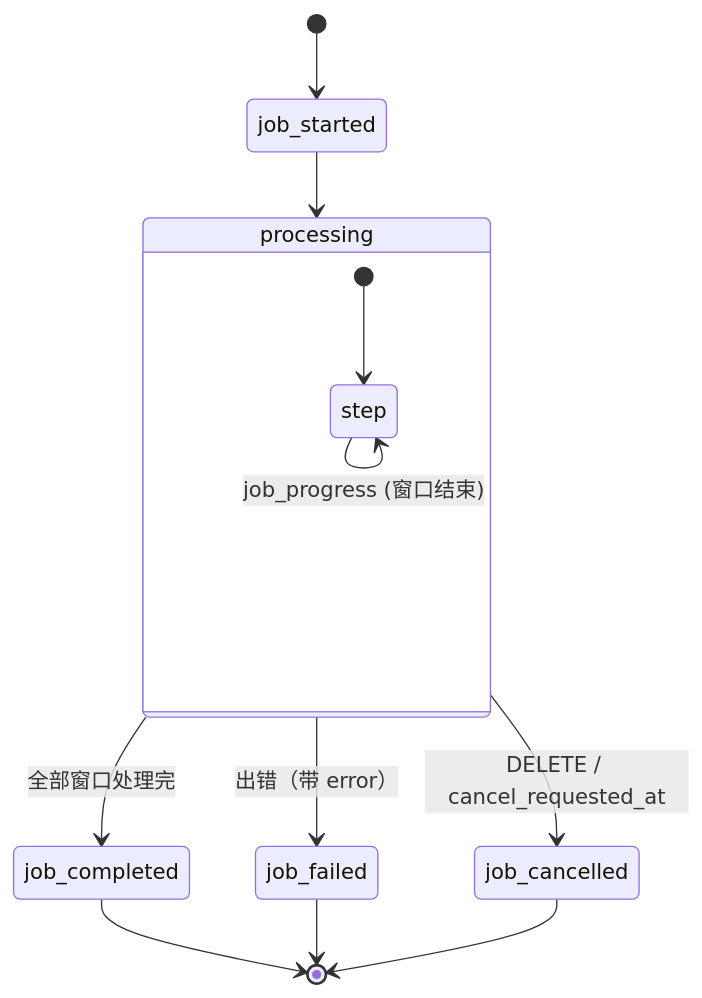
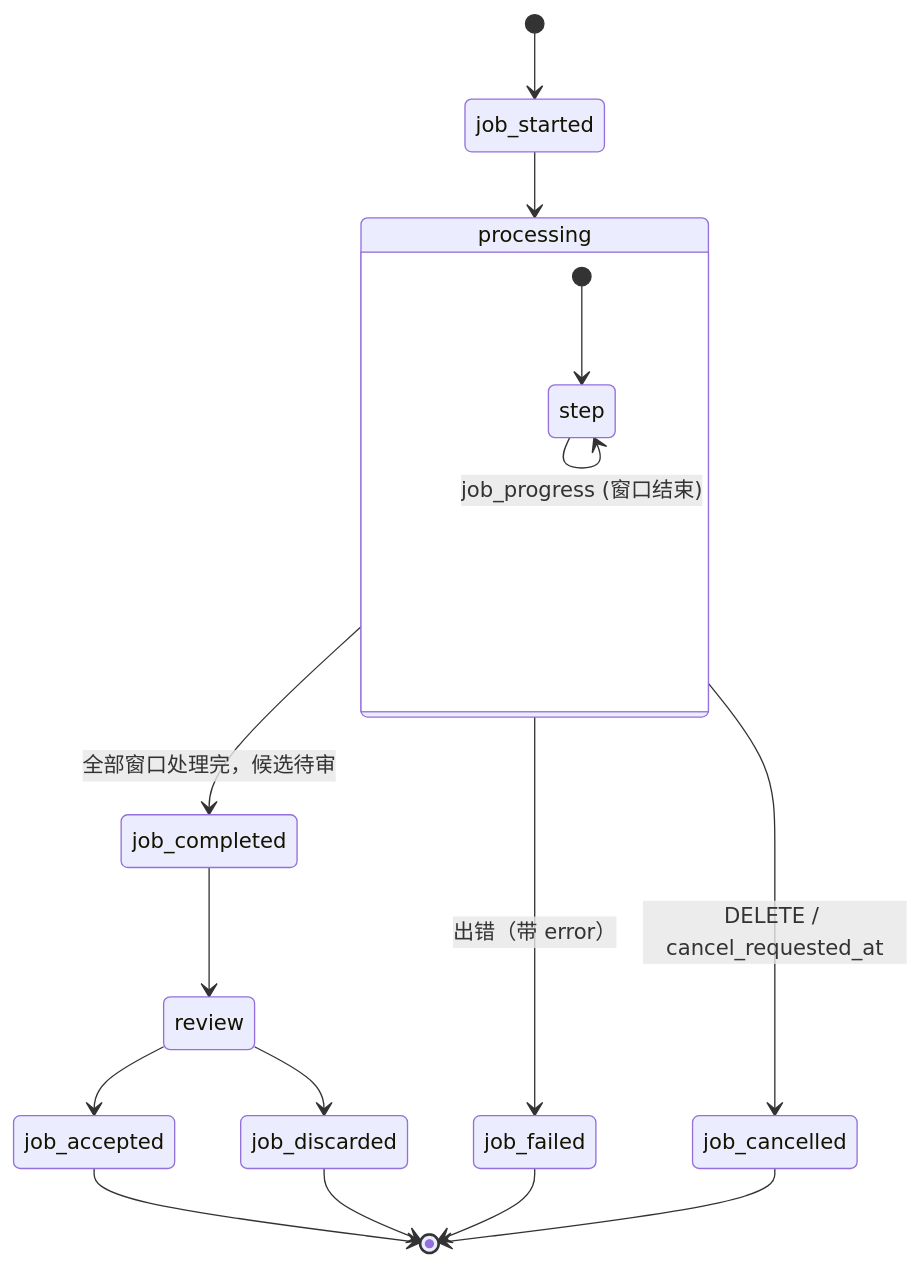
Before and after one commit to yyq19990828/ai-annotation-platform: the second of 2 diagrams in docs-site/dev/reference/ws-protocol.md, drawn with Mermaid. The commit also changed other lines of this file and 53 other files, not shown here.

Commit message:
fix: harden video tracker review flow and sync docs

````diff
--- a/docs-site/dev/reference/ws-protocol.md
+++ b/docs-site/dev/reference/ws-protocol.md
@@ -206,16 +206,20 @@
 ```mermaid
 stateDiagram-v2
     [*] --> job_started
     job_started --> processing
     state processing {
         [*] --> step
         step --> step: frame_result (每帧)
         step --> step: job_progress (窗口结束)
     }
-    processing --> job_completed: 全部窗口处理完
+    processing --> job_completed: 全部窗口处理完，候选待审
     processing --> job_failed: 出错（带 error）
     processing --> job_cancelled: DELETE / cancel_requested_at
-    job_completed --> [*]
+    job_completed --> review
+    review --> job_accepted
+    review --> job_discarded
+    job_accepted --> [*]
+    job_discarded --> [*]
     job_failed --> [*]
     job_cancelled --> [*]
 ```
````
